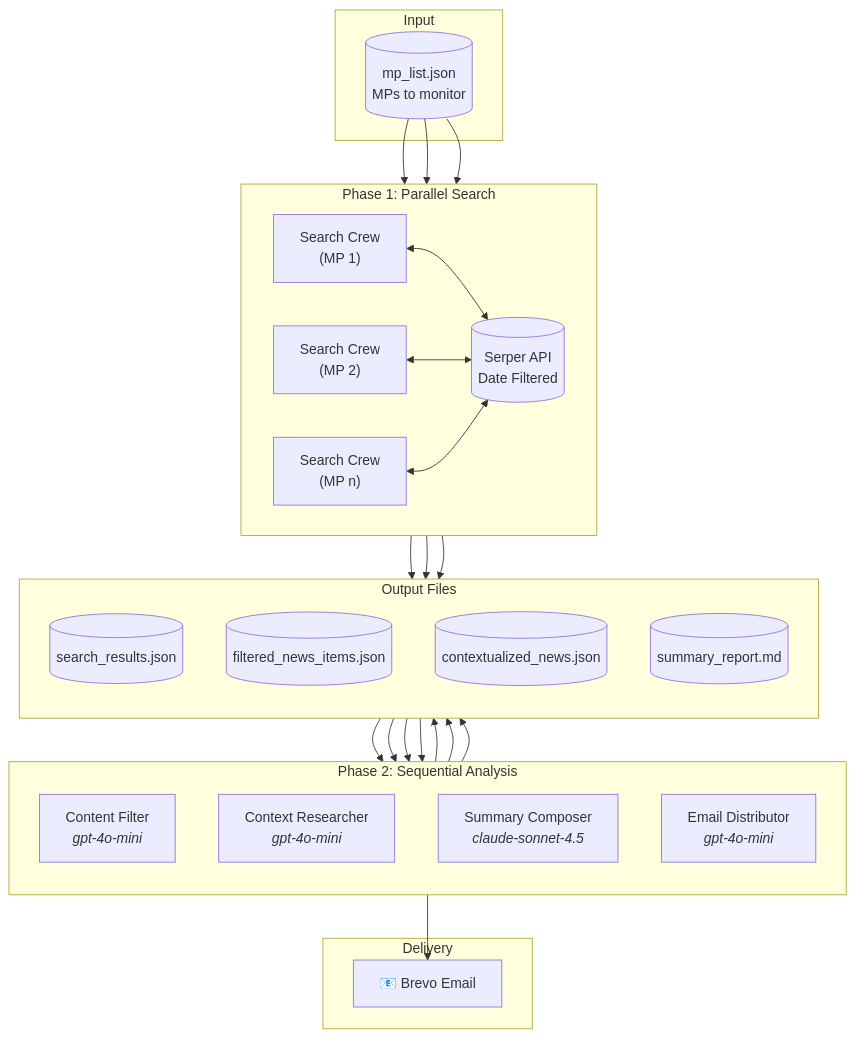
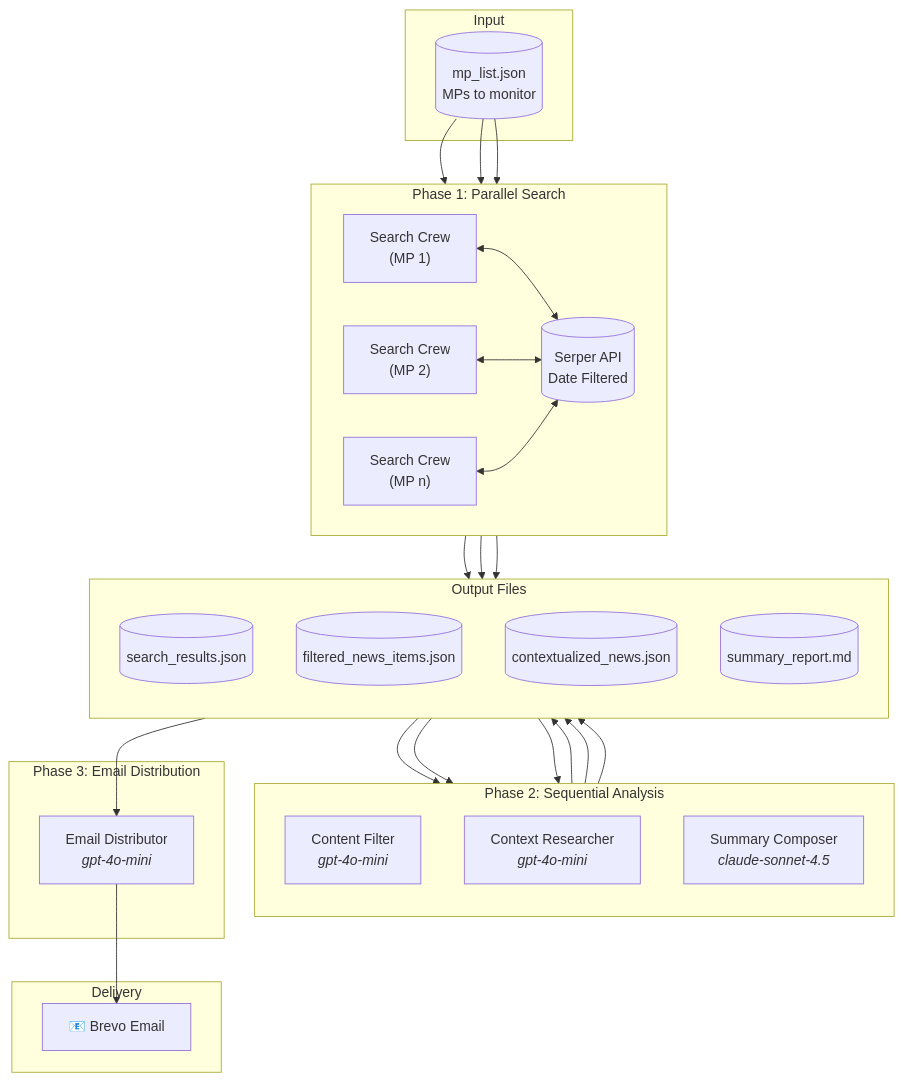
Before and after one commit to uzampogn/mp-news-room: the diagram in README.md, drawn with Mermaid. The commit also changed other lines of this file and 4 other files, not shown here.

````diff
--- a/README.md
+++ b/README.md
@@ -62,46 +73,49 @@
 ```mermaid
 flowchart TB
     subgraph Input
         MP[("mp_list.json<br/>MPs to monitor")]
     end
 
     subgraph Phase1["Phase 1: Parallel Search"]
         direction LR
         SC1["Search Crew<br/>(MP 1)"]
         SC2["Search Crew<br/>(MP 2)"]
         SC3["Search Crew<br/>(MP n)"]
         SERPER[("Serper API<br/>Date Filtered")]
     end
 
     subgraph Phase2["Phase 2: Sequential Analysis"]
         direction TB
         CF["Content Filter<br/><i>gpt-4o-mini</i>"]
         CR["Context Researcher<br/><i>gpt-4o-mini</i>"]
         SM["Summary Composer<br/><i>claude-sonnet-4.5</i>"]
+    end
+
+    subgraph Phase3["Phase 3: Email Distribution"]
         ED["Email Distributor<br/><i>gpt-4o-mini</i>"]
     end
 
     subgraph Output["Output Files"]
         direction TB
         O1[("search_results.json")]
         O2[("filtered_news_items.json")]
         O3[("contextualized_news.json")]
         O4[("summary_report.md")]
     end
 
     subgraph Delivery
         EMAIL["📧 Brevo Email"]
     end
 
     MP --> SC1 & SC2 & SC3
     SC1 & SC2 & SC3 <--> SERPER
     SC1 & SC2 & SC3 --> O1
     O1 --> CF
     CF --> O2
     O2 --> CR
     CR --> O3
     O3 --> SM
     SM --> O4
     O4 --> ED
     ED --> EMAIL
 ```
````
